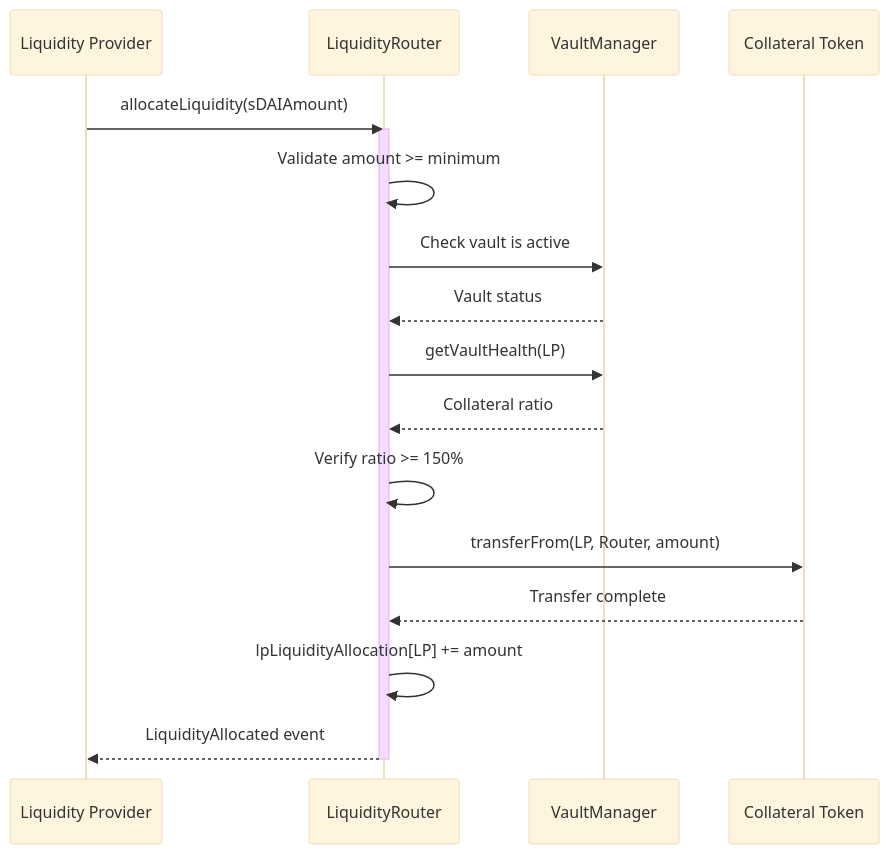
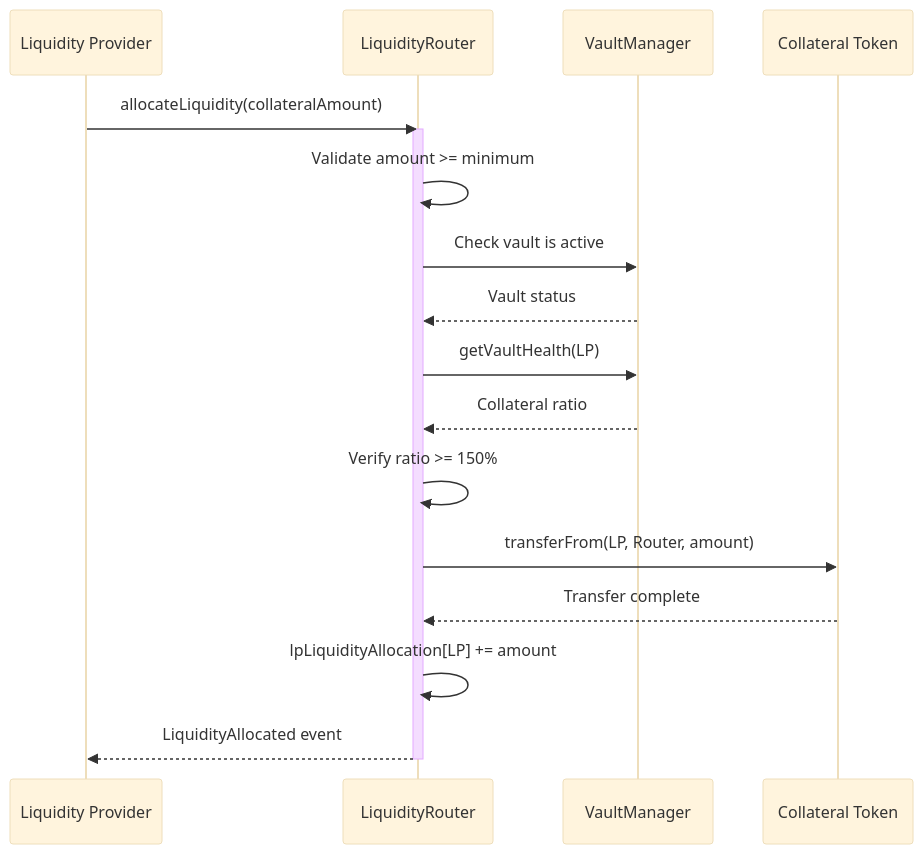
The fourth of 27 diagrams in docs/sequenceDiagrams.md (madschristensen99/wrapsynth), drawn with Mermaid (base theme) before and after one commit. The commit also changed other lines of this file and 1 other file, not shown here.

First line of the commit message:
Fix Mermaid parse errors + generalize docs to chain-agnostic terms

````diff
--- a/docs/sequenceDiagrams.md
+++ b/docs/sequenceDiagrams.md
@@ -170,25 +170,25 @@
 ```mermaid
 sequenceDiagram
     participant LP as Liquidity Provider
     participant Router as LiquidityRouter
     participant VM as VaultManager
     participant Collateral as Collateral Token
 
-    LP->>Router: allocateLiquidity(sDAIAmount)
+    LP->>Router: allocateLiquidity(collateralAmount)
     activate Router
     
     Router->>Router: Validate amount >= minimum
     Router->>VM: Check vault is active
     VM-->>Router: Vault status
     
     Router->>VM: getVaultHealth(LP)
     VM-->>Router: Collateral ratio
     Router->>Router: Verify ratio >= 150%
     
     Router->>Collateral: transferFrom(LP, Router, amount)
     Collateral-->>Router: Transfer complete
     
     Router->>Router: lpLiquidityAllocation[LP] += amount
     Router-->>LP: LiquidityAllocated event
     deactivate Router
 ```
````
